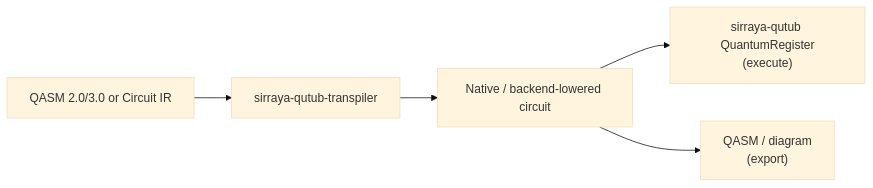
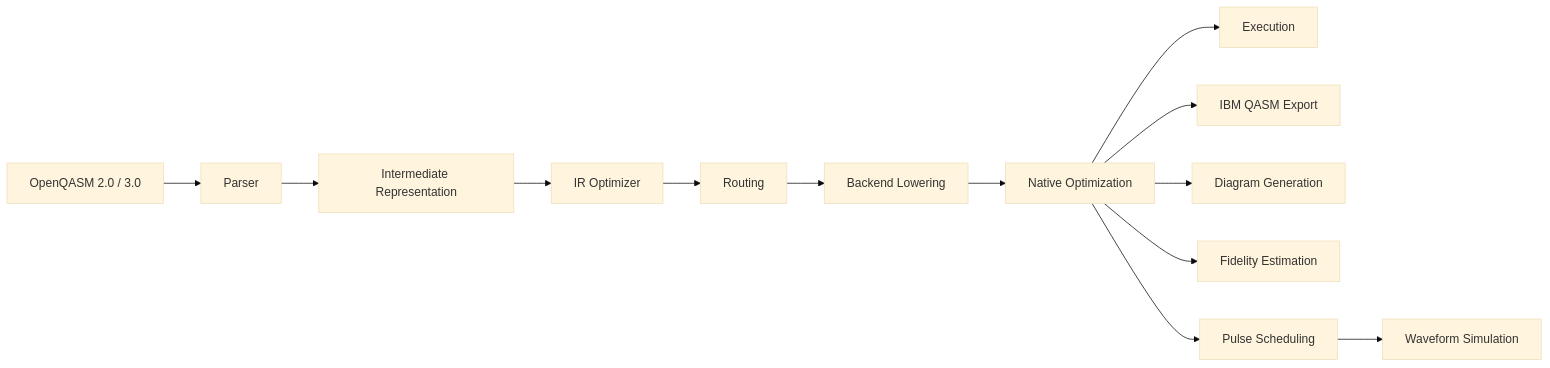
One commit to sirraya-labs/QuTub-Transpiler changed the first of 2 diagrams in README.md. Above: the diagram before and after it, drawn with Mermaid (base theme). The commit also changed other lines of this file, not shown here.

Commit message:
docs: improve README with expanded project overview, architecture, and getting started guide

````diff
--- a/README.md
+++ b/README.md
@@ -10,7 +104,27 @@
 ```mermaid
 flowchart LR
-    A["QASM 2.0/3.0 or Circuit IR"] --> B["sirraya-qutub-transpiler"]
-    B --> C["Native / backend-lowered circuit"]
-    C --> D["sirraya-qutub QuantumRegister<br/>(execute)"]
-    C --> E["QASM / diagram<br/>(export)"]
+
+A["OpenQASM 2.0 / 3.0"] --> B["Parser"]
+
+B --> C["Intermediate Representation"]
+
+C --> D["IR Optimizer"]
+
+D --> E["Routing"]
+
+E --> F["Backend Lowering"]
+
+F --> G["Native Optimization"]
+
+G --> H["Execution"]
+
+G --> I["IBM QASM Export"]
+
+G --> J["Diagram Generation"]
+
+G --> K["Fidelity Estimation"]
+
+G --> L["Pulse Scheduling"]
+
+L --> M["Waveform Simulation"]
 ```
````
